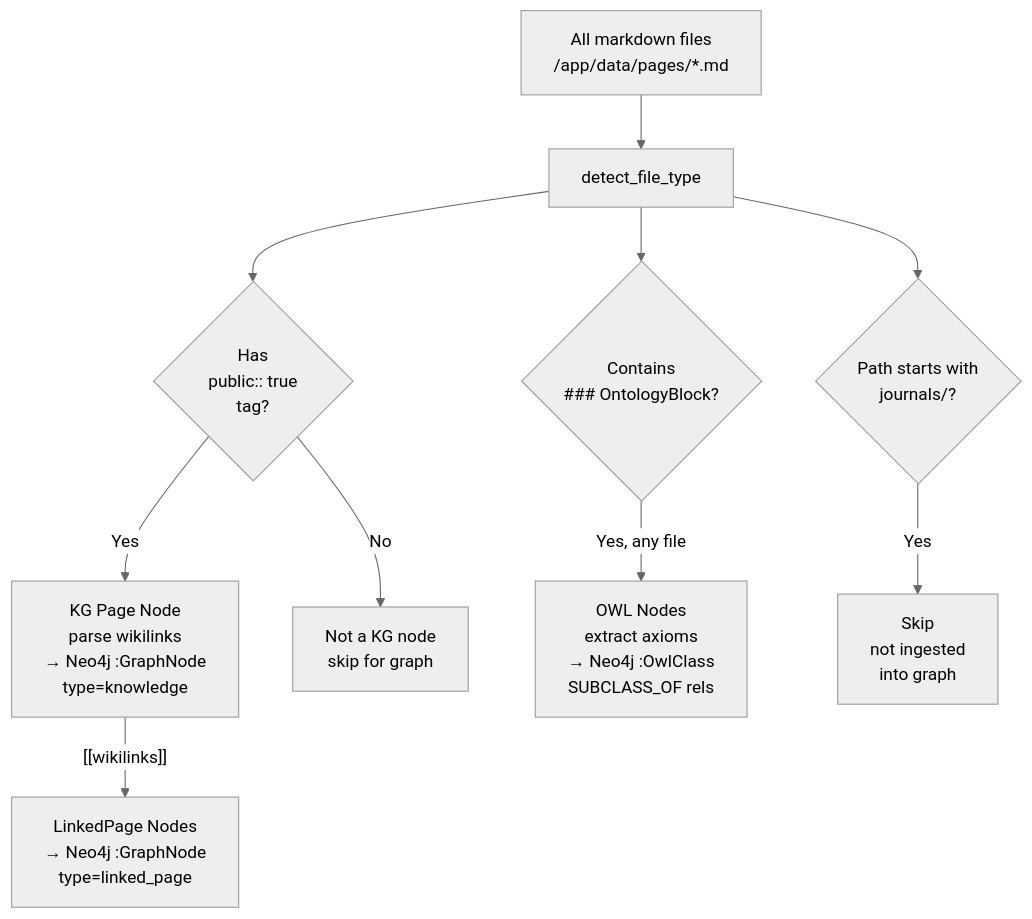
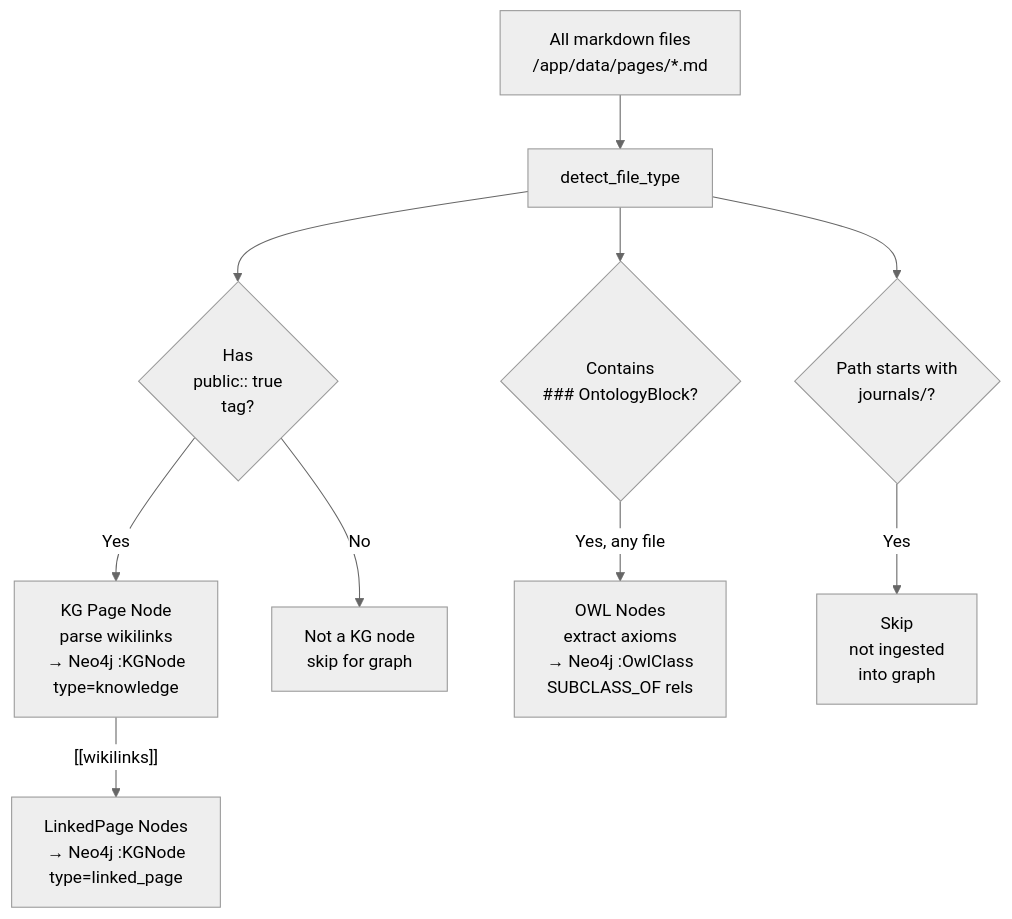
Before and after one commit to shaneholloman/logseq-spring-thing: the second of 2 diagrams in docs/how-to/features/local-file-sync-strategy.md, drawn with Mermaid (neutral theme). The commit also changed other lines of this file and 55 other files, not shown here.

First line of the commit message:
refactor: unify GraphNode → KGNode across Rust, TS, Cypher, docs

````diff
--- a/docs/how-to/features/local-file-sync-strategy.md
+++ b/docs/how-to/features/local-file-sync-strategy.md
@@ -75,16 +75,16 @@
 ```mermaid
 flowchart TD
     All[All markdown files\n/app/data/pages/*.md] --> DFT[detect_file_type]
     DFT --> Public{"Has\npublic:: true\ntag?"}
     DFT --> Onto{"Contains\n### OntologyBlock?"}
     DFT --> Journal{"Path starts with\njournals/?"}
 
-    Public -->|Yes| KGNode[KG Page Node\nparse wikilinks\n→ Neo4j :GraphNode\ntype=knowledge]
+    Public -->|Yes| KGNode[KG Page Node\nparse wikilinks\n→ Neo4j :KGNode\ntype=knowledge]
     Public -->|No| Ignored[Not a KG node\nskip for graph]
 
     Onto -->|Yes, any file| OWLNode[OWL Nodes\nextract axioms\n→ Neo4j :OwlClass\nSUBCLASS_OF rels]
 
     Journal -->|Yes| Skip[Skip\nnot ingested\ninto graph]
 
-    KGNode -->|"[[wikilinks]]"| Linked[LinkedPage Nodes\n→ Neo4j :GraphNode\ntype=linked_page]
+    KGNode -->|"[[wikilinks]]"| Linked[LinkedPage Nodes\n→ Neo4j :KGNode\ntype=linked_page]
 ```
````
